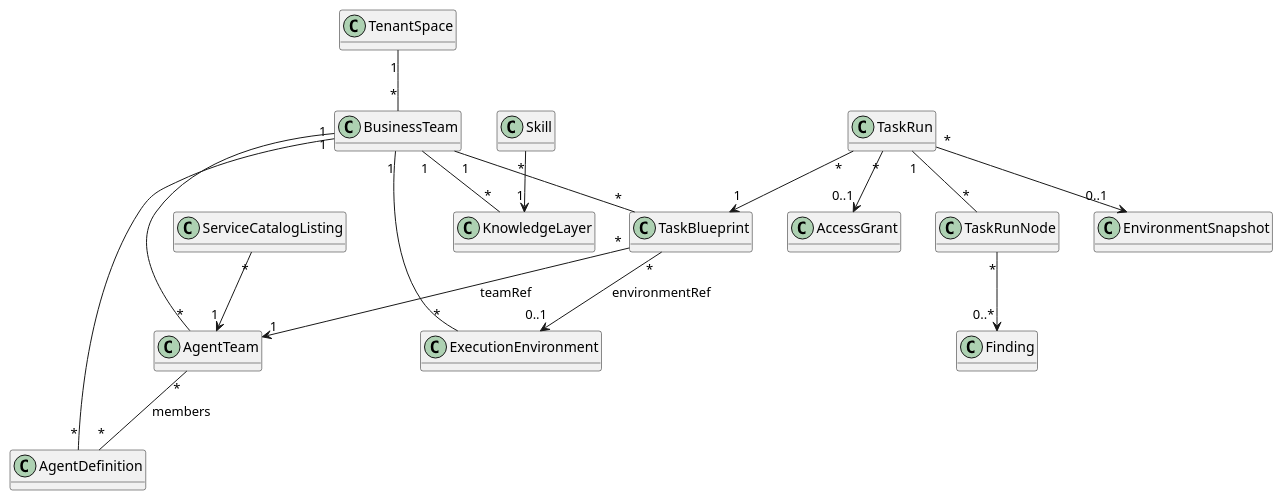
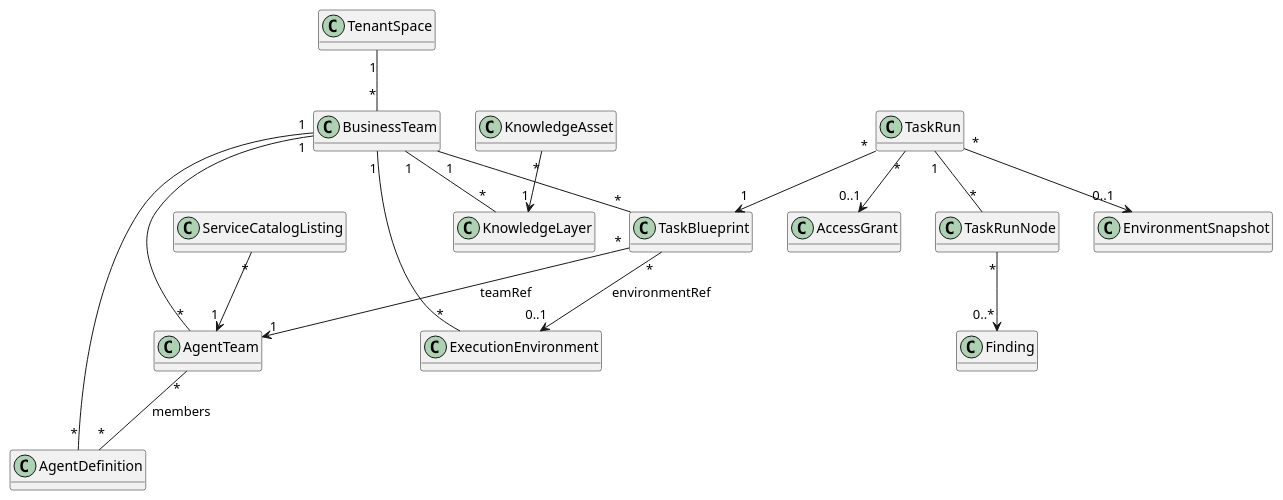
Before and after one commit to SimonMing47/agent-world: the third of 5 diagrams in docs/system-design-detailed.zh-CN.md, drawn with PlantUML. The commit also changed other lines of this file and 35 other files, not shown here.

````diff
--- a/docs/system-design-detailed.zh-CN.md
+++ b/docs/system-design-detailed.zh-CN.md
@@ -115,38 +115,38 @@
 ```plantuml
 @startuml
 hide methods
 hide stereotypes
 
 class TenantSpace
 class BusinessTeam
 class AgentDefinition
 class AgentTeam
 class TaskBlueprint
 class TaskRun
 class TaskRunNode
 class ExecutionEnvironment
 class EnvironmentSnapshot
 class KnowledgeLayer
-class Skill
+class KnowledgeAsset
 class Finding
 class AccessGrant
 class ServiceCatalogListing
 
 TenantSpace "1" -- "*" BusinessTeam
 BusinessTeam "1" -- "*" AgentDefinition
 BusinessTeam "1" -- "*" AgentTeam
 BusinessTeam "1" -- "*" TaskBlueprint
 BusinessTeam "1" -- "*" ExecutionEnvironment
 BusinessTeam "1" -- "*" KnowledgeLayer
 AgentTeam "*" -- "*" AgentDefinition : members
 TaskBlueprint "*" --> "1" AgentTeam : teamRef
 TaskBlueprint "*" --> "0..1" ExecutionEnvironment : environmentRef
 TaskRun "*" --> "1" TaskBlueprint
 TaskRun "1" -- "*" TaskRunNode
 TaskRun "*" --> "0..1" EnvironmentSnapshot
 TaskRun "*" --> "0..1" AccessGrant
 TaskRunNode "*" --> "0..*" Finding
-Skill "*" --> "1" KnowledgeLayer
+KnowledgeAsset "*" --> "1" KnowledgeLayer
 ServiceCatalogListing "*" --> "1" AgentTeam
 @enduml
 ```
````
